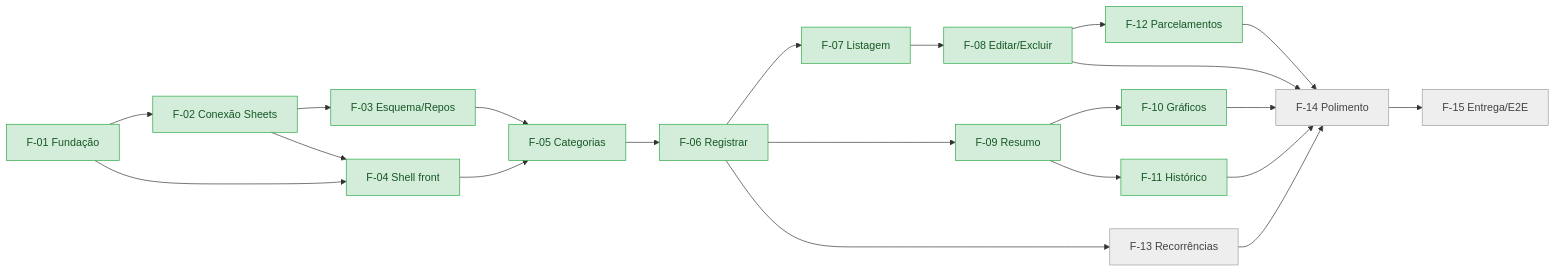
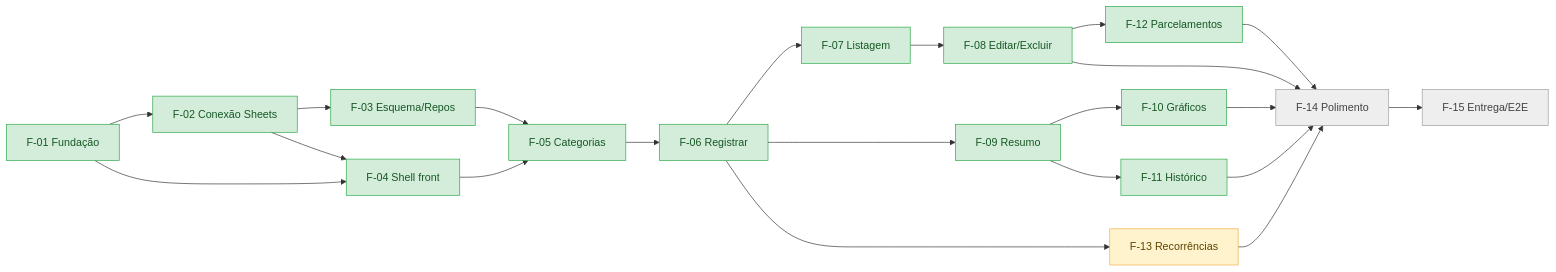
The diagram in SPECS/05-acompanhamento.md (Pedrohcs/PlanilhaFinanceira), drawn with Mermaid before and after one commit. The commit also changed other lines of this file and 12 other files, not shown here.

````diff
--- a/SPECS/05-acompanhamento.md
+++ b/SPECS/05-acompanhamento.md
@@ -64,23 +64,24 @@
 ```mermaid
 flowchart LR
     F01[F-01 Fundação] --> F02[F-02 Conexão Sheets] --> F03[F-03 Esquema/Repos]
     F01 --> F04[F-04 Shell front]
     F02 --> F04
     F03 --> F05[F-05 Categorias]
     F04 --> F05
     F05 --> F06[F-06 Registrar]
     F06 --> F07[F-07 Listagem] --> F08[F-08 Editar/Excluir]
     F06 --> F09[F-09 Resumo]
     F09 --> F10[F-10 Gráficos]
     F09 --> F11[F-11 Histórico]
     F08 --> F12[F-12 Parcelamentos]
     F06 --> F13[F-13 Recorrências]
     F08 & F10 & F11 & F12 & F13 --> F14[F-14 Polimento]
     F14 --> F15[F-15 Entrega/E2E]
 
     classDef naoIniciada fill:#eeeeee,stroke:#9e9e9e,color:#424242;
     classDef iniciada fill:#fff3cd,stroke:#f0ad4e,color:#5c4400;
     classDef concluida fill:#d4edda,stroke:#28a745,color:#155724;
-    class F13,F14,F15 naoIniciada;
+    class F14,F15 naoIniciada;
+    class F13 iniciada;
     class F01,F02,F03,F04,F05,F06,F07,F08,F09,F10,F11,F12 concluida;
 ```
````
